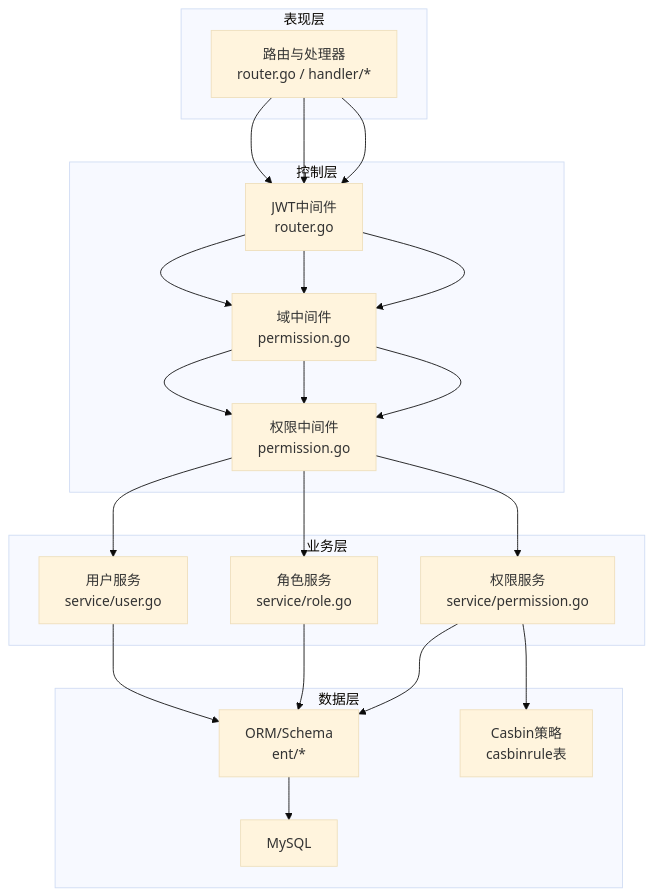
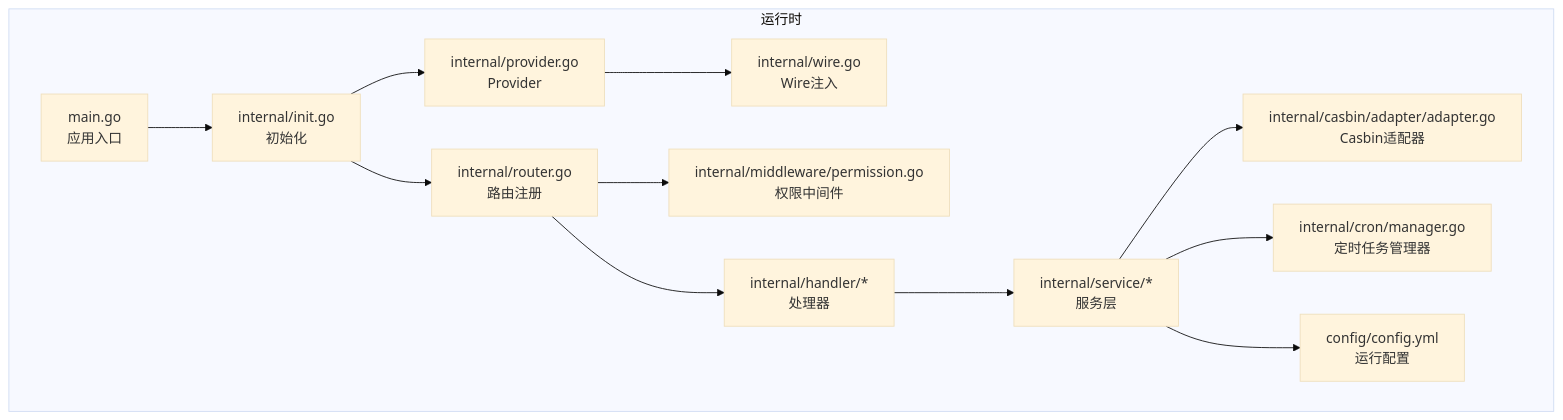
Before and after one commit to wuwuseo/e-sports-go-admin: the second of 8 diagrams in .qoder/repowiki/zh/content/项目概述.md, drawn with Mermaid (base theme). The commit also changed other lines of this file and 141 other files, not shown here.

````diff
--- a/.qoder/repowiki/zh/content/项目概述.md
+++ b/.qoder/repowiki/zh/content/项目概述.md
@@ -115,29 +145,15 @@
 ```mermaid
 graph TB
-subgraph "表现层"
-R["路由与处理器<br/>router.go / handler/*"]
+subgraph "运行时"
+M["main.go<br/>应用入口"] --> N["internal/init.go<br/>初始化"]
+N --> O["internal/provider.go<br/>Provider"]
+O --> P["internal/wire.go<br/>Wire注入"]
+N --> Q["internal/router.go<br/>路由注册"]
+Q --> R["internal/middleware/permission.go<br/>权限中间件"]
+Q --> S["internal/handler/*<br/>处理器"]
+S --> T["internal/service/*<br/>服务层"]
+T --> U["internal/casbin/adapter/adapter.go<br/>Casbin适配器"]
+T --> V["internal/cron/manager.go<br/>定时任务管理器"]
+T --> W["config/config.yml<br/>运行配置"]
 end
-subgraph "控制层"
-M1["JWT中间件<br/>router.go"]
-M2["域中间件<br/>permission.go"]
-M3["权限中间件<br/>permission.go"]
-end
-subgraph "业务层"
-S1["用户服务<br/>service/user.go"]
-S2["角色服务<br/>service/role.go"]
-S3["权限服务<br/>service/permission.go"]
-end
-subgraph "数据层"
-O["ORM/Schema<br/>ent/*"]
-DB["MySQL"]
-C["Casbin策略<br/>casbinrule表"]
-end
-R --> M1 --> M2 --> M3 --> S1
-R --> M1 --> M2 --> M3 --> S2
-R --> M1 --> M2 --> M3 --> S3
-S1 --> O
-S2 --> O
-S3 --> O
-O --> DB
-S3 --> C
 ```
````
